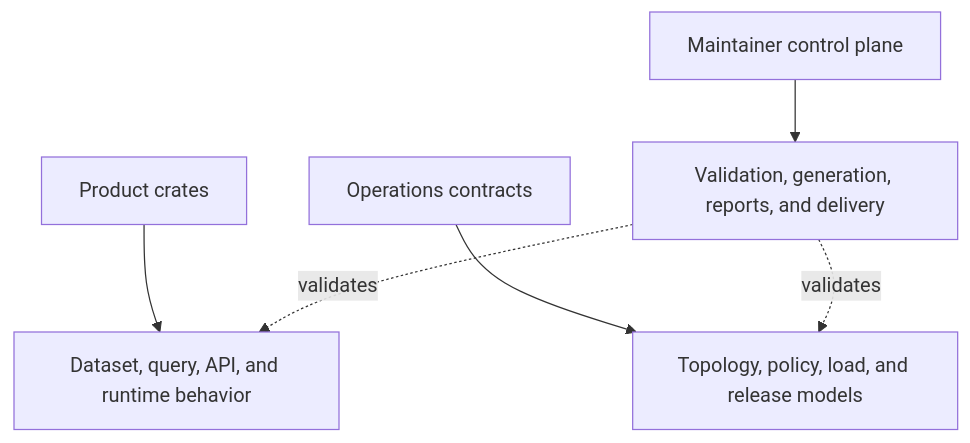
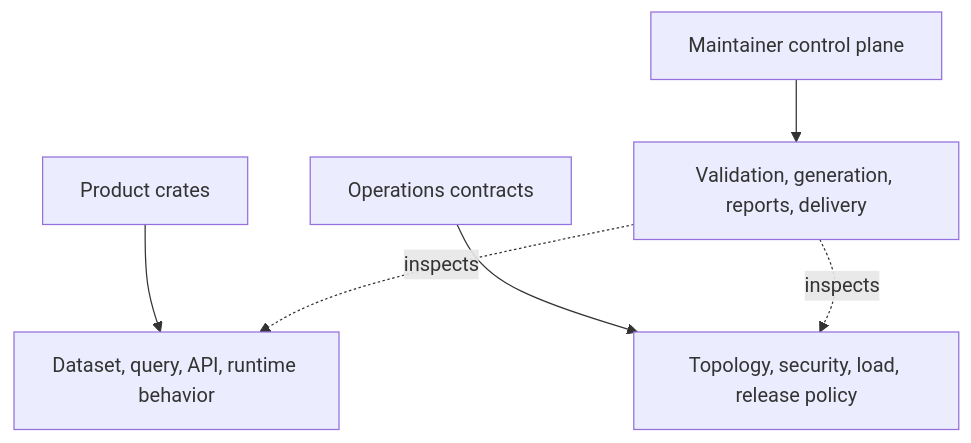
The first of 2 diagrams in docs/bijux-atlas-dev/index.md (bijux/bijux-atlas), drawn with Mermaid before and after one commit. The commit also changed other lines of this file and 2 other files, not shown here.

````diff
--- a/docs/bijux-atlas-dev/index.md
+++ b/docs/bijux-atlas-dev/index.md
@@ -22,8 +20,8 @@
 ```mermaid
 flowchart TB
-    Product[Product crates] --> ProductBehavior[Dataset, query, API, and runtime behavior]
-    Ops[Operations contracts] --> OpsBehavior[Topology, policy, load, and release models]
-    Dev[Maintainer control plane] --> RepoBehavior[Validation, generation, reports, and delivery]
-    RepoBehavior -. validates .-> ProductBehavior
-    RepoBehavior -. validates .-> OpsBehavior
+    Product[Product crates] --> Behavior[Dataset, query, API, runtime behavior]
+    Ops[Operations contracts] --> Policy[Topology, security, load, release policy]
+    Dev[Maintainer control plane] --> Evidence[Validation, generation, reports, delivery]
+    Evidence -. inspects .-> Behavior
+    Evidence -. inspects .-> Policy
 ```
````
